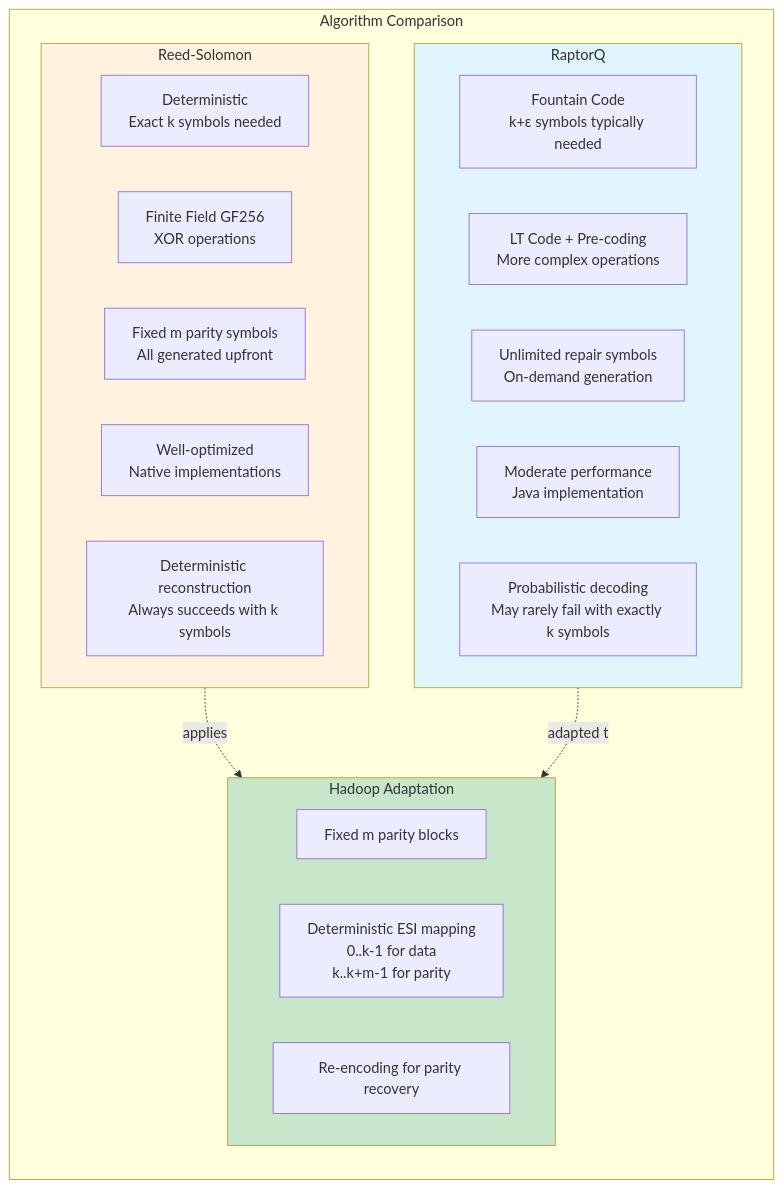
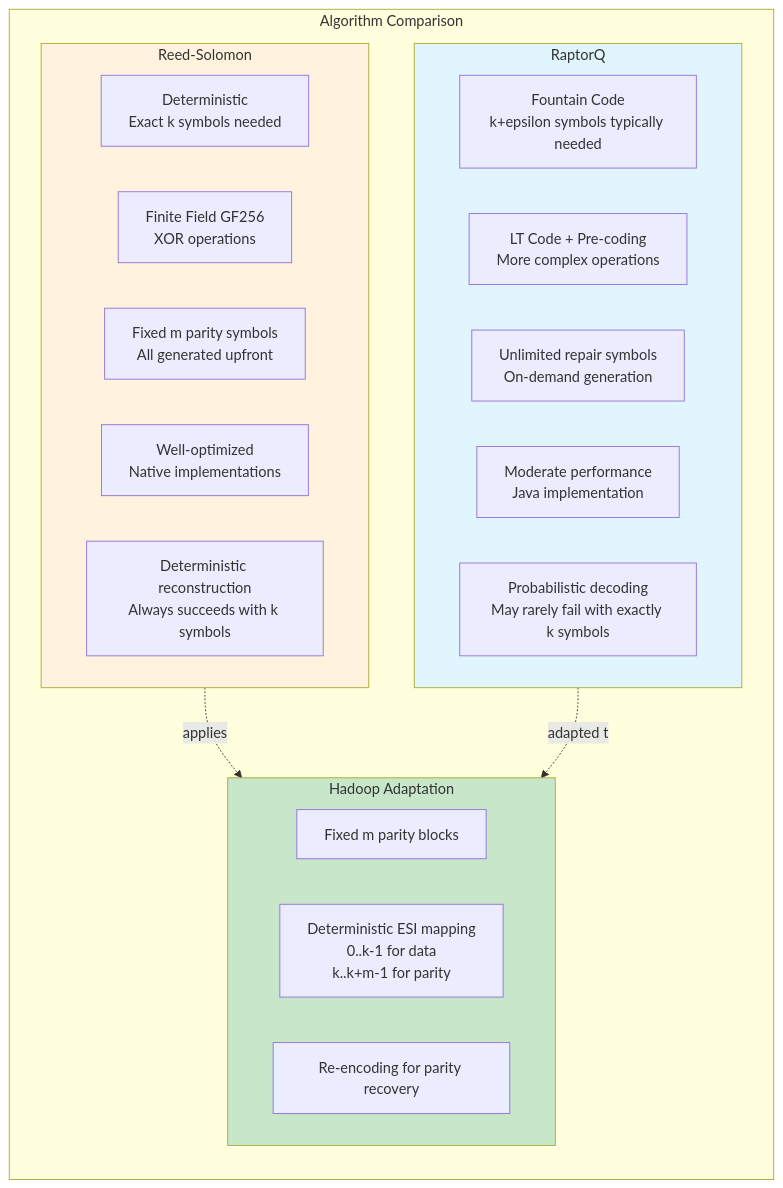
Before and after one commit to alexandrabaron/Erasure-Coding-in-Hadoop-3.4.2: the diagram in diagrams/comparison_table.md, drawn with Mermaid. The commit also changed 4 other files, not shown here.

Commit message:
corr mermaid

````diff
--- a/diagrams/comparison_table.md
+++ b/diagrams/comparison_table.md
@@ -3,35 +3,35 @@
 ```mermaid
 graph TB
     subgraph Comparison["Algorithm Comparison"]
         direction TB
         
         subgraph RS[Reed-Solomon]
             RS1[Deterministic<br/>Exact k symbols needed]
             RS2[Finite Field GF256<br/>XOR operations]
             RS3[Fixed m parity symbols<br/>All generated upfront]
             RS4[Well-optimized<br/>Native implementations]
             RS5[Deterministic reconstruction<br/>Always succeeds with k symbols]
         end
         
         subgraph RQ[RaptorQ]
-            RQ1[Fountain Code<br/>k+ε symbols typically needed]
+            RQ1[Fountain Code<br/>k+epsilon symbols typically needed]
             RQ2[LT Code + Pre-coding<br/>More complex operations]
             RQ3[Unlimited repair symbols<br/>On-demand generation]
             RQ4[Moderate performance<br/>Java implementation]
             RQ5[Probabilistic decoding<br/>May rarely fail with exactly k symbols]
         end
         
         subgraph Hadoop[Hadoop Adaptation]
             H1[Fixed m parity blocks]
             H2[Deterministic ESI mapping<br/>0..k-1 for data<br/>k..k+m-1 for parity]
             H3[Re-encoding for parity recovery]
         end
     end
     
     RS -.applies.-> Hadoop
     RQ -.adapted to.-> Hadoop
     
     style RS fill:#FFF3E0
     style RQ fill:#E1F5FE
     style Hadoop fill:#C8E6C9
 ```
````
